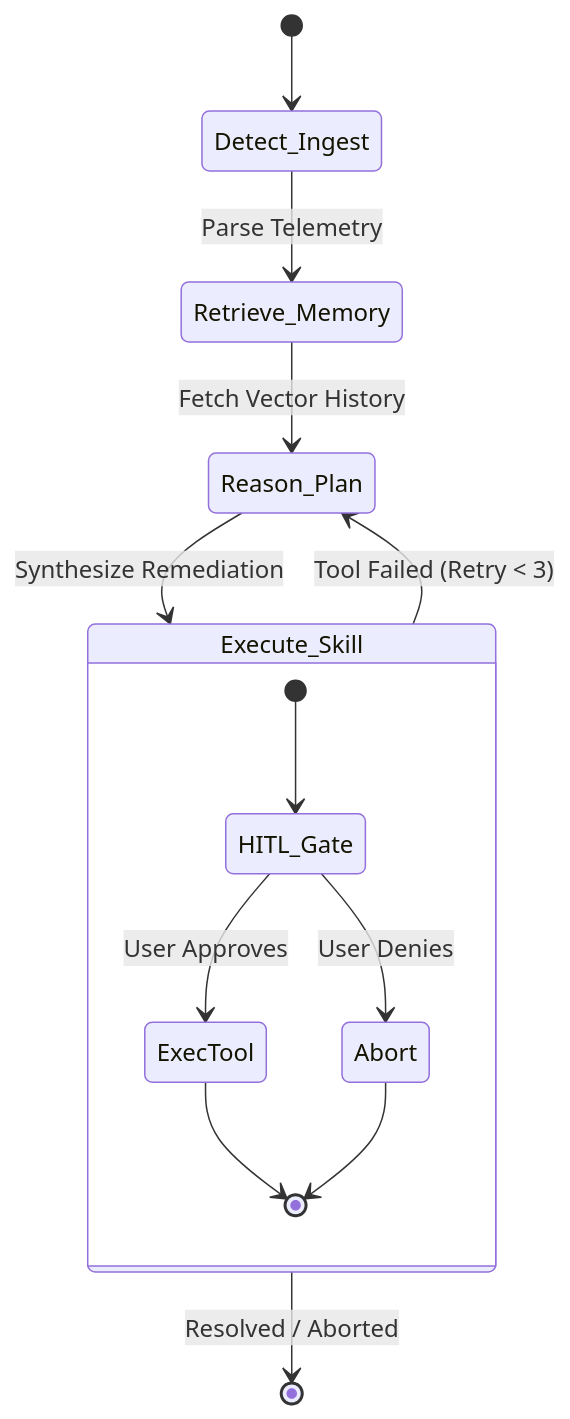
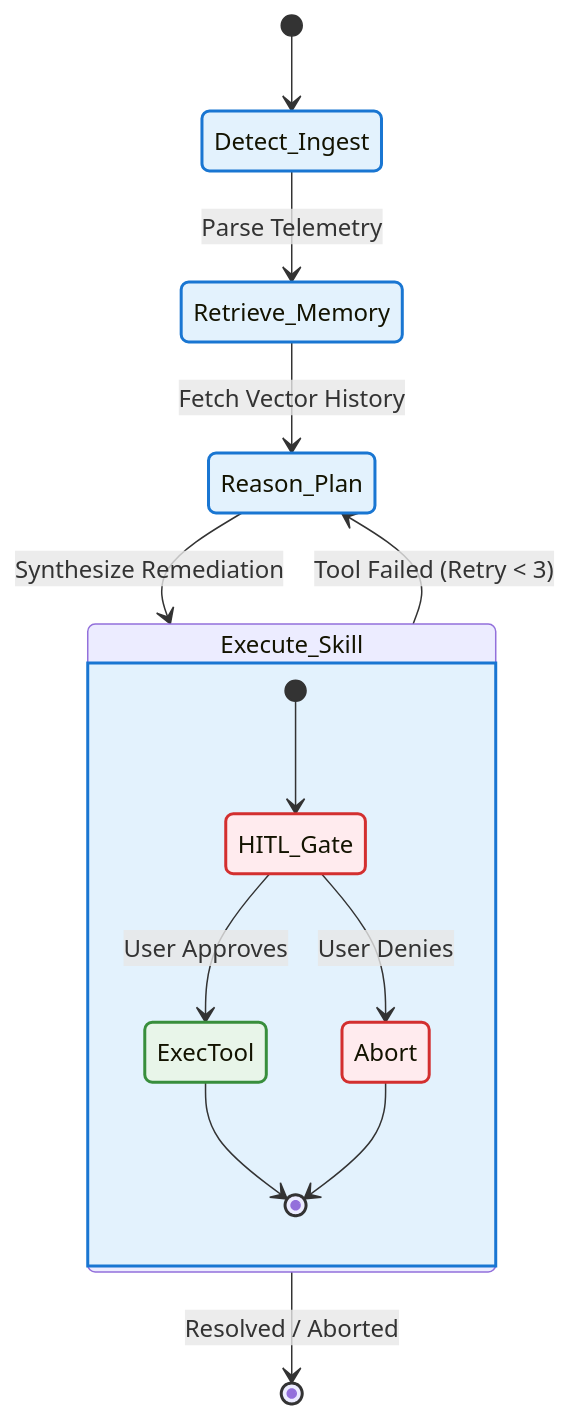
One commit to shawnsony07/Autonomous-SRE changed the second of 2 diagrams in README.md. Above: the diagram before and after it, drawn with Mermaid. The commit also changed other lines of this file, not shown here.

Commit message:
docs: add color styling to Mermaid flowcharts

````diff
--- a/README.md
+++ b/README.md
@@ -54,18 +62,27 @@
 ```mermaid
 stateDiagram-v2
+    classDef process fill:#e3f2fd,stroke:#1976d2,stroke-width:2px
+    classDef danger fill:#ffebee,stroke:#d32f2f,stroke-width:2px
+    classDef success fill:#e8f5e9,stroke:#388e3c,stroke-width:2px
+
     [*] --> Detect_Ingest
     Detect_Ingest --> Retrieve_Memory: Parse Telemetry
     Retrieve_Memory --> Reason_Plan: Fetch Vector History
     Reason_Plan --> Execute_Skill: Synthesize Remediation
     
     state Execute_Skill {
         [*] --> HITL_Gate
         HITL_Gate --> ExecTool : User Approves
         HITL_Gate --> Abort : User Denies
         ExecTool --> [*]
         Abort --> [*]
     }
     
     Execute_Skill --> Reason_Plan: Tool Failed (Retry < 3)
     Execute_Skill --> [*]: Resolved / Aborted
+
+    class Detect_Ingest, Retrieve_Memory, Reason_Plan process
+    class Execute_Skill process
+    class HITL_Gate, Abort danger
+    class ExecTool success
 ```
````
